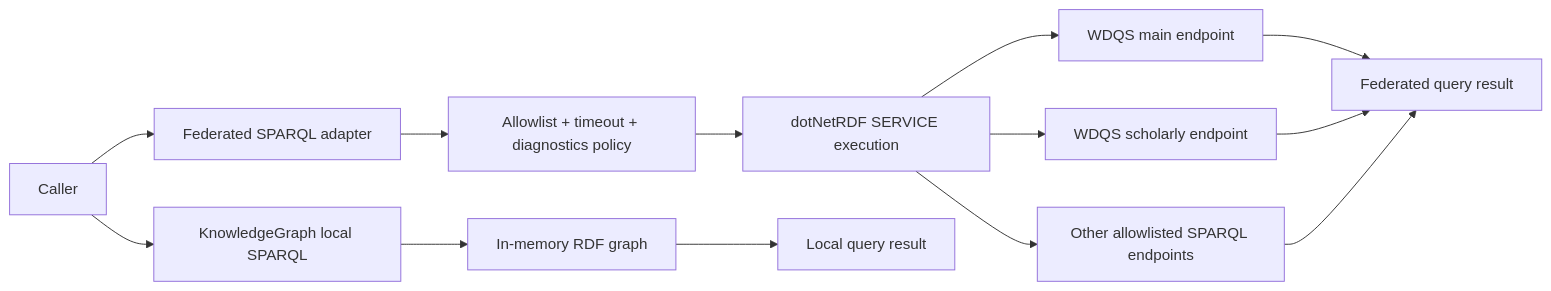
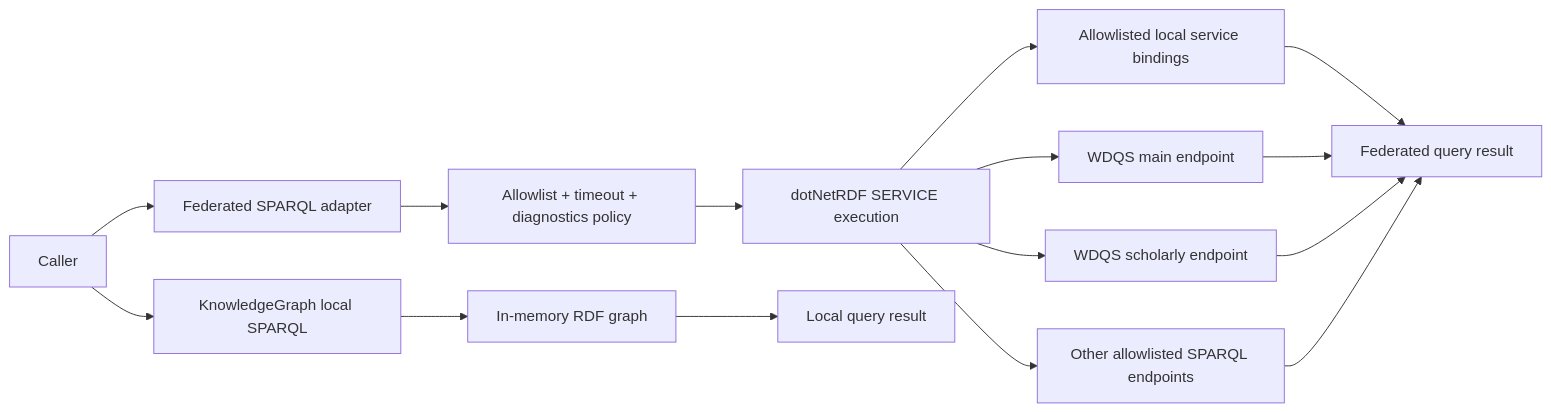
One commit to managedcode/markdown-ld-kb changed the first of 2 diagrams in docs/Features/FederatedSparqlExecution.md. Above: the diagram before and after it, drawn with Mermaid. The commit also changed other lines of this file and 54 other files, not shown here.

````diff
--- a/docs/Features/FederatedSparqlExecution.md
+++ b/docs/Features/FederatedSparqlExecution.md
@@ -40,15 +41,17 @@
 ```mermaid
 flowchart LR
     Caller["Caller"] --> Local["KnowledgeGraph local SPARQL"]
     Caller --> Fed["Federated SPARQL adapter"]
     Local --> Graph["In-memory RDF graph"]
     Fed --> Policy["Allowlist + timeout + diagnostics policy"]
     Policy --> Engine["dotNetRDF SERVICE execution"]
+    Engine --> LocalBindings["Allowlisted local service bindings"]
     Engine --> WdqsMain["WDQS main endpoint"]
     Engine --> WdqsScholarly["WDQS scholarly endpoint"]
     Engine --> Other["Other allowlisted SPARQL endpoints"]
     Graph --> LocalResult["Local query result"]
+    LocalBindings --> FedResult["Federated query result"]
     WdqsMain --> FedResult["Federated query result"]
     WdqsScholarly --> FedResult
     Other --> FedResult
 ```
````
